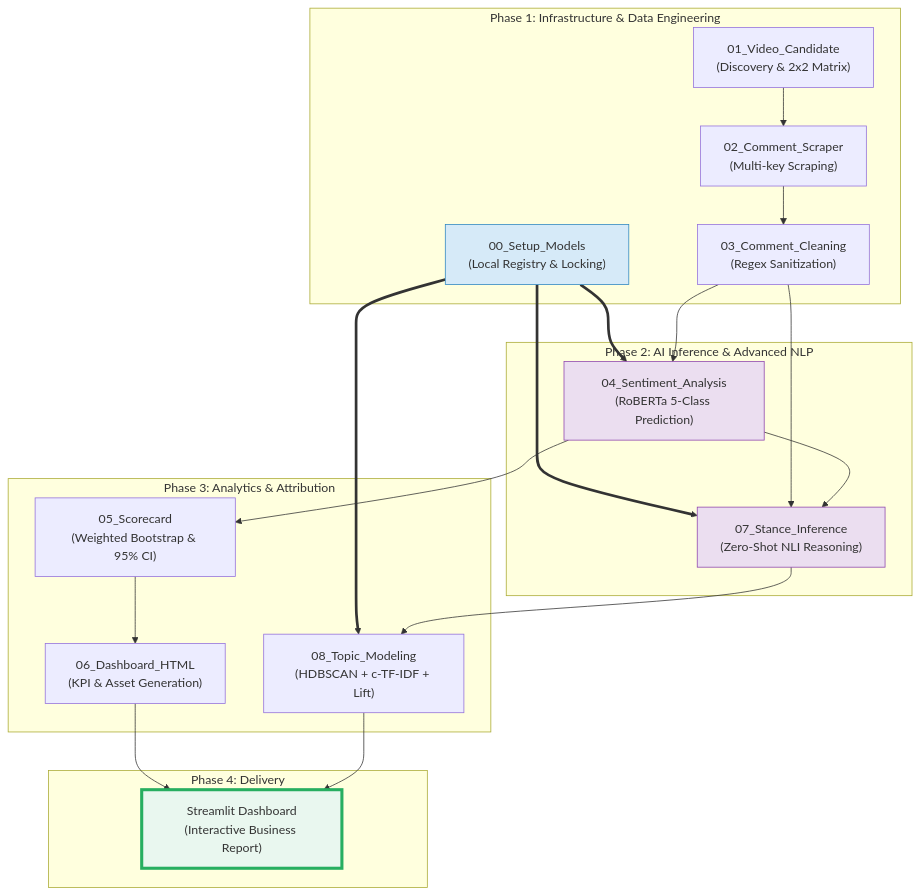
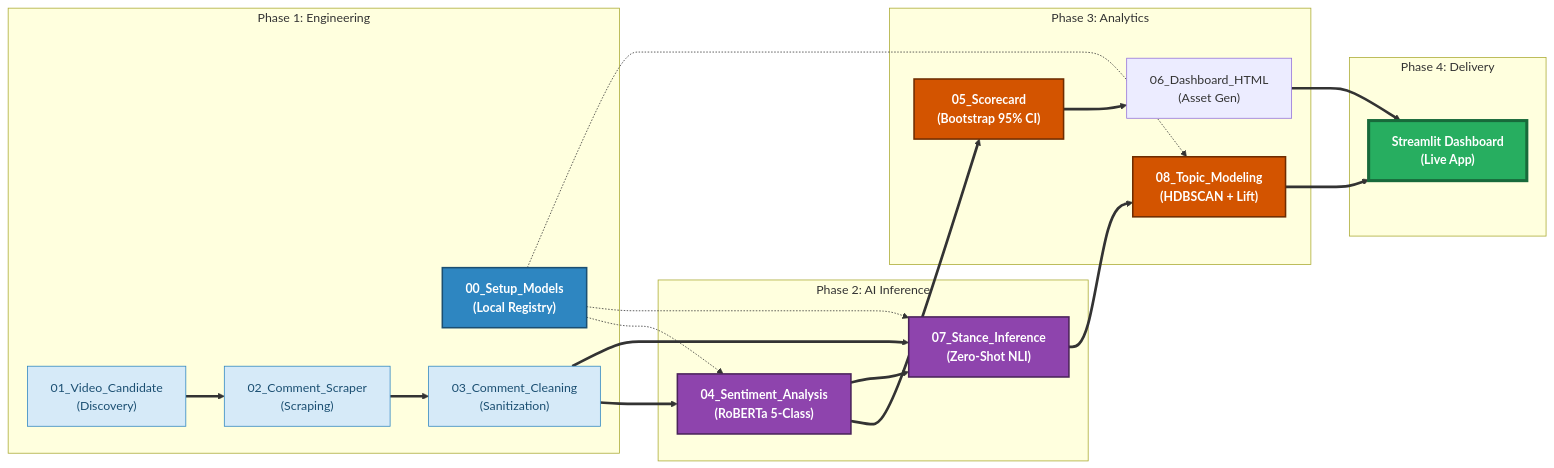
The diagram in readme.md (MangoSh0o-0719/brand-crisis-attribution-engine), drawn with Mermaid before and after one commit.

````diff
--- a/readme.md
+++ b/readme.md
@@ -9,40 +9,60 @@
 ```mermaid
-graph TD
-    %% 定义阶段节点
-    subgraph "Phase 1: Infrastructure & Data Engineering"
-        00["00_Setup_Models<br/>(Local Registry & Locking)"]
-        01["01_Video_Candidate<br/>(Discovery & 2x2 Matrix)"]
-        02["02_Comment_Scraper<br/>(Multi-key Scraping)"]
-        03["03_Comment_Cleaning<br/>(Regex Sanitization)"]
+graph LR
+    %% 全局样式定义：解决对比度问题
+    classDef infra fill:#2E86C1,stroke:#1B4F72,stroke-width:2px,color:#fff,font-weight:bold;
+    classDef eng fill:#D6EAF8,stroke:#2E86C1,stroke-width:1px,color:#1B4F72;
+    classDef ai fill:#8E44AD,stroke:#4A235A,stroke-width:2px,color:#fff,font-weight:bold;
+    classDef stat fill:#D35400,stroke:#6E2C00,stroke-width:2px,color:#fff,font-weight:bold;
+    classDef app fill:#27AE60,stroke:#186A3B,stroke-width:4px,color:#fff,font-weight:bold;
+
+    %% 阶段一：基础设施与工程
+    subgraph P1 ["Phase 1: Engineering"]
+        00["00_Setup_Models<br/>(Local Registry)"]
+        01["01_Video_Candidate<br/>(Discovery)"]
+        02["02_Comment_Scraper<br/>(Scraping)"]
+        03["03_Comment_Cleaning<br/>(Sanitization)"]
     end
 
-    subgraph "Phase 2: AI Inference & Advanced NLP"
-        04["04_Sentiment_Analysis<br/>(RoBERTa 5-Class Prediction)"]
-        07["07_Stance_Inference<br/>(Zero-Shot NLI Reasoning)"]
+    %% 阶段二：AI 推理
+    subgraph P2 ["Phase 2: AI Inference"]
+        04["04_Sentiment_Analysis<br/>(RoBERTa 5-Class)"]
+        07["07_Stance_Inference<br/>(Zero-Shot NLI)"]
     end
 
-    subgraph "Phase 3: Analytics & Attribution"
-        05["05_Scorecard<br/>(Weighted Bootstrap & 95% CI)"]
-        08["08_Topic_Modeling<br/>(HDBSCAN + c-TF-IDF + Lift)"]
-        06["06_Dashboard_HTML<br/>(KPI & Asset Generation)"]
+    %% 阶段三：归因分析
+    subgraph P3 ["Phase 3: Analytics"]
+        05["05_Scorecard<br/>(Bootstrap 95% CI)"]
+        08["08_Topic_Modeling<br/>(HDBSCAN + Lift)"]
+        06["06_Dashboard_HTML<br/>(Asset Gen)"]
     end
 
-    subgraph "Phase 4: Delivery"
-        App["Streamlit Dashboard<br/>(Interactive Business Report)"]
+    %% 阶段四：交付
+    subgraph P4 ["Phase 4: Delivery"]
+        App["Streamlit Dashboard<br/>(Live App)"]
     end
 
-    %% 数据流向连接
-    00 ==> 04 & 07 & 08
-    01 --> 02 --> 03
-    03 --> 04 & 07
-    04 --> 05 & 07
-    05 --> 06
-    07 --> 08
-    06 & 08 --> App
+    %% 核心数据流：粗实线
+    01 ==> 02
+    02 ==> 03
+    03 ==> 04
+    03 ==> 07
+    04 ==> 05
+    04 ==> 07
+    07 ==> 08
+    05 ==> 06
+    06 ==> App
+    08 ==> App
 
-    %% 样式美化
-    style 00 fill:#D6EAF8,stroke:#2E86C1
-    style 04 fill:#EBDEF0,stroke:#8E44AD
-    style 07 fill:#EBDEF0,stroke:#8E44AD
-    style App fill:#E9F7EF,stroke:#27AE60,stroke-width:4px
+    %% 模型依赖流：点线 (减少视觉重叠干扰)
+    00 -.-> 04
+    00 -.-> 07
+    00 -.-> 08
+
+    %% 应用样式
+    class 00 infra;
+    class 01,02,03 eng;
+    class 04,07 ai;
+    class 05,08 stat;
+    class 06 deliver;
+    class App app;
 ```
````
